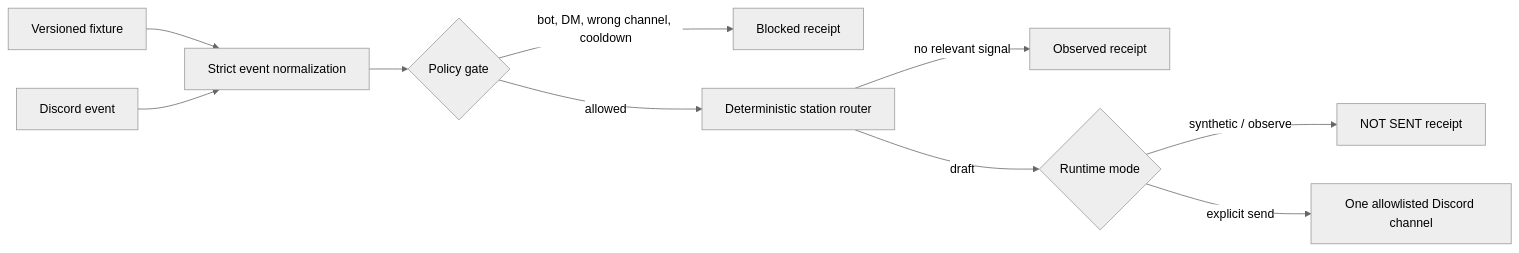
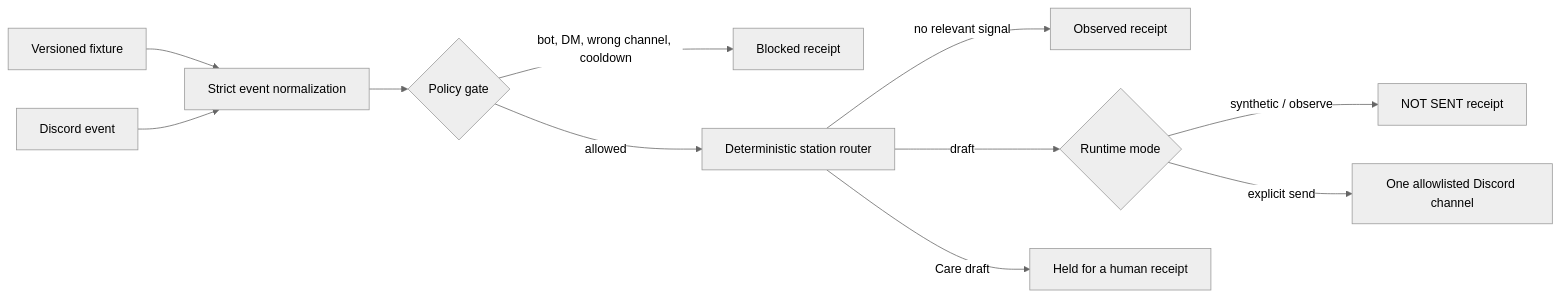
Before and after one commit to fortunexbt/ambient-relay: the diagram in README.md, drawn with Mermaid (neutral theme). The commit also changed other lines of this file and 31 other files, not shown here.

````diff
--- a/README.md
+++ b/README.md
@@ -60,12 +72,13 @@
 ```mermaid
 flowchart LR
     F[Versioned fixture] --> V[Strict event normalization]
     D[Discord event] --> V
     V --> P{Policy gate}
     P -->|bot, DM, wrong channel, cooldown| B[Blocked receipt]
     P -->|allowed| R[Deterministic station router]
     R -->|no relevant signal| O[Observed receipt]
     R -->|draft| X{Runtime mode}
+    R -->|Care draft| H[Held for a human receipt]
     X -->|synthetic / observe| N[NOT SENT receipt]
     X -->|explicit send| S[One allowlisted Discord channel]
 ```
````
